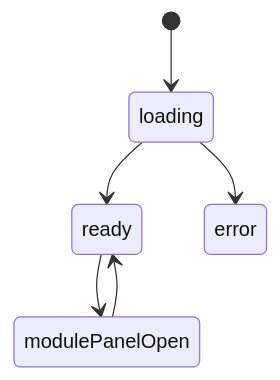
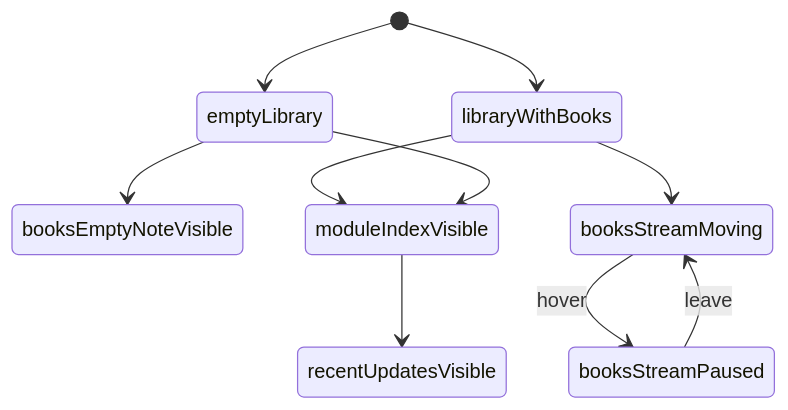
The second of 2 diagrams in docs/implementation/modules/home-module-spec.zh-CN.md (Albertlearnpython/RememberMyself), drawn with Mermaid before and after one commit. The commit also changed other lines of this file and 8 other files, not shown here.

````diff
--- a/docs/implementation/modules/home-module-spec.zh-CN.md
+++ b/docs/implementation/modules/home-module-spec.zh-CN.md
@@ -60,8 +156,14 @@
 ```mermaid
 stateDiagram-v2
-    [*] --> loading
-    loading --> ready
-    loading --> error
-    ready --> modulePanelOpen
-    modulePanelOpen --> ready
+    [*] --> emptyLibrary
+    [*] --> libraryWithBooks
+
+    emptyLibrary --> booksEmptyNoteVisible
+    libraryWithBooks --> booksStreamMoving
+    booksStreamMoving --> booksStreamPaused: hover
+    booksStreamPaused --> booksStreamMoving: leave
+
+    libraryWithBooks --> moduleIndexVisible
+    emptyLibrary --> moduleIndexVisible
+    moduleIndexVisible --> recentUpdatesVisible
 ```
````
